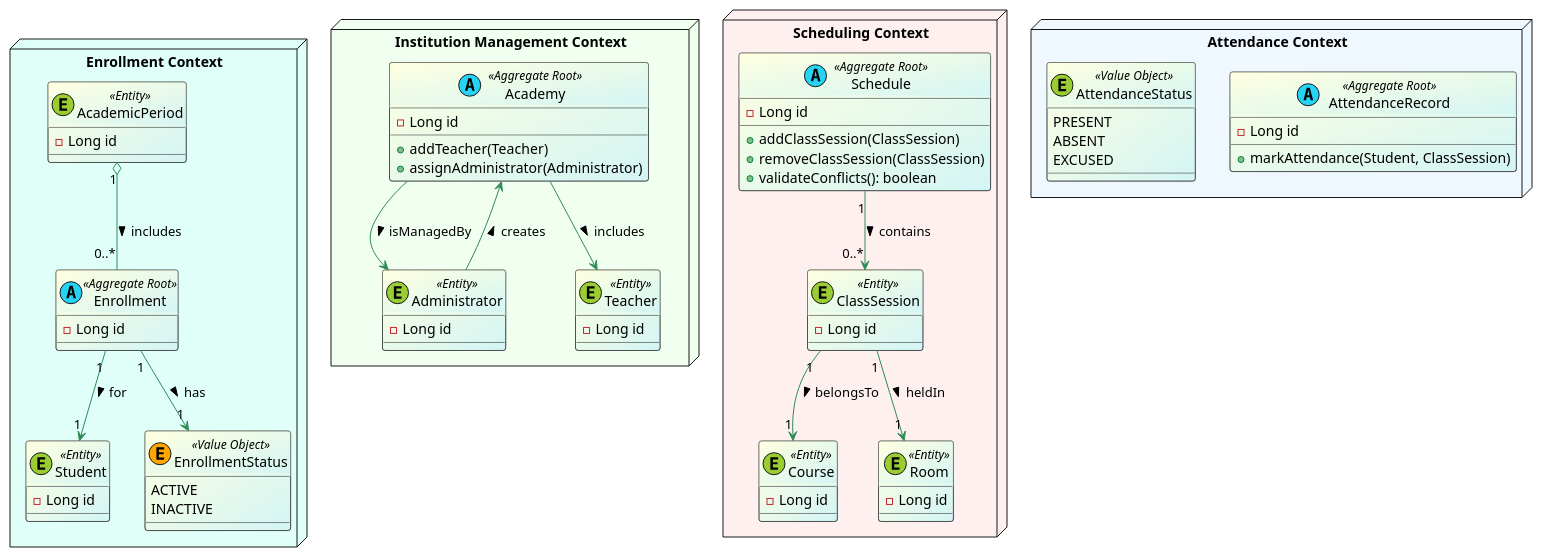
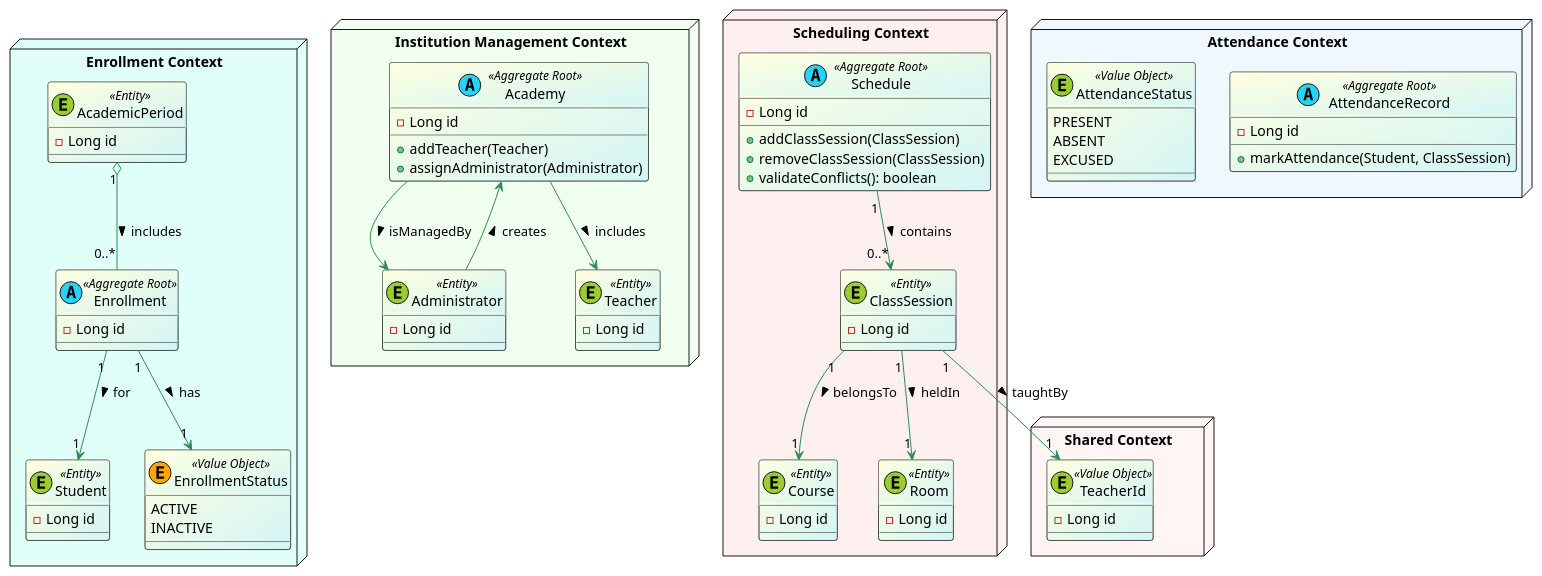
Before and after one commit to demy-project/api: the diagram in docs/domain-diagram.puml, drawn with PlantUML.

Commit message:
docs: add TeacherId class to Shared Context and define relationship with ClassSession

```diff
--- a/docs/domain-diagram.puml
+++ b/docs/domain-diagram.puml
@@ -1,85 +1,94 @@
 @startuml Demy Domain Diagram
 
 skinparam class {
     BackgroundColor LightYellow/D3F5F5
     ArrowColor SeaGreen
 }
 
 package "Enrollment Context" <<Node>> #E0FFF9 {
     class Enrollment <<(A, #27D3F5) Aggregate Root>> {
         - Long id
     }
     class Student <<(E, #9ACD32) Entity>> {
         - Long id
     }
     enum EnrollmentStatus <<(E, #FFA500) Value Object>> {
         ACTIVE
         INACTIVE
     }
     class AcademicPeriod <<(E, #9ACD32) Entity>> {
         - Long id
     }
     ' Relationships
     Enrollment "1" --> "1" Student : for >
     AcademicPeriod "1" o-- "0..*" Enrollment : includes >
     Enrollment "1" --> "1" EnrollmentStatus : has >
 }
 
 package "Institution Management Context" <<Node>> #F0FFF0 {
     class Academy <<(A, #27D3F5) Aggregate Root>> {
         - Long id
         + addTeacher(Teacher)
         + assignAdministrator(Administrator)
     }
     class Administrator <<(E, #9ACD32) Entity>> {
         - Long id
     }
 
     class Teacher <<(E, #9ACD32) Entity>> {
         - Long id
     }
     ' Relationships
     Administrator --> Academy : creates >
     Academy --> Administrator : isManagedBy >
     Academy --> Teacher : includes >
 }
 
 package "Scheduling Context" <<Node>> #FFF0F0 {
     class Schedule <<(A, #27D3F5) Aggregate Root>> {
         - Long id
         + addClassSession(ClassSession)
         + removeClassSession(ClassSession)
         + validateConflicts(): boolean
     }
 
     class ClassSession <<(E, #9ACD32) Entity>> {
         - Long id
     }
 
     class Course <<(E, #9ACD32) Entity>> {
         - Long id
     }
 
     class Room <<(E, #9ACD32)Entity>> {
         - Long id
     }
 
     ' Relationships
     Schedule "1" --> "0..*" ClassSession : contains >
     ClassSession "1" --> "1" Course : belongsTo >
     ClassSession "1" --> "1" Room : heldIn >
 }
 
 package "Attendance Context" <<Node>> #F0F8FF {
     class AttendanceRecord <<(A, #27D3F5) Aggregate Root>> {
         - Long id
         + markAttendance(Student, ClassSession)
     }
     class AttendanceStatus <<(E, #9ACD32) Value Object>> {
         PRESENT
         ABSENT
         EXCUSED
     }
 }
 
+package "Shared Context" as sc <<Node>> #FFF5F5 {
+    class TeacherId <<(E, #9ACD32) Value Object>> {
+        - Long id
+    }
+}
+
+' Define relationships between contexts
+ClassSession "1" --> "1" TeacherId : taughtBy >
+
 @enduml
```
